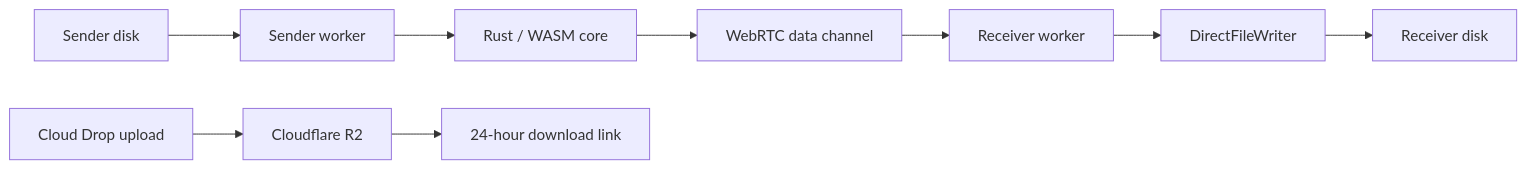
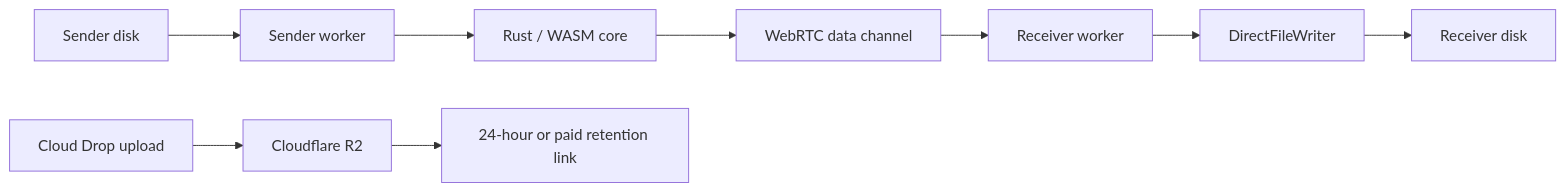
One commit to DeclanJeon/PonsWarp changed the diagram in README.md. Above: the diagram before and after it, drawn with Mermaid. The commit also changed other lines of this file and 4 other files, not shown here.

First line of the commit message:
Make paid Cloud Drop usable after checkout

````diff
--- a/README.md
+++ b/README.md
@@ -62,12 +62,12 @@
 ```mermaid
 flowchart LR
   senderDisk[Sender disk] --> senderWorker[Sender worker]
   senderWorker --> wasm[Rust / WASM core]
   wasm --> dataChannel[WebRTC data channel]
   dataChannel --> receiverWorker[Receiver worker]
   receiverWorker --> writer[DirectFileWriter]
   writer --> receiverDisk[Receiver disk]
 
   cloudUpload[Cloud Drop upload] --> r2[Cloudflare R2]
-  r2 --> cloudDownload[24-hour download link]
+  r2 --> cloudDownload[24-hour or paid retention link]
 ```
````
